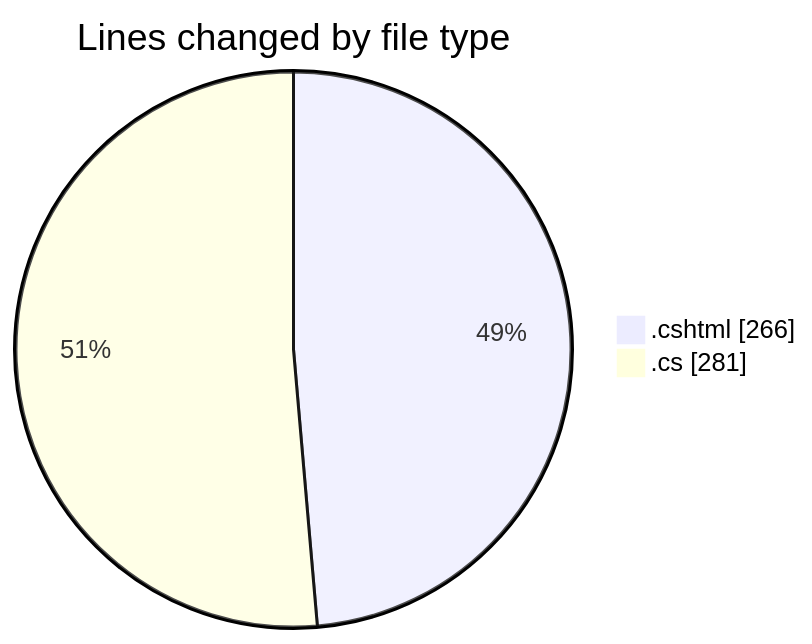
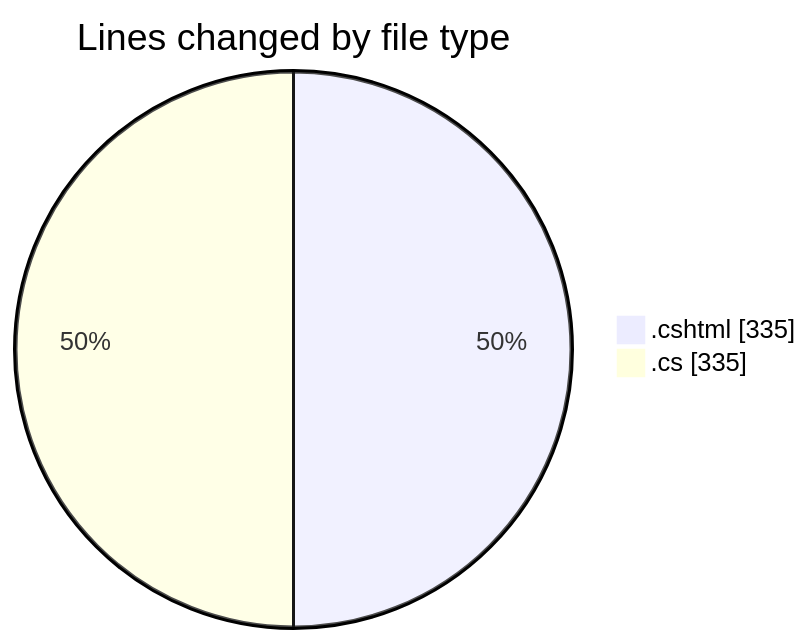
Before and after one commit to lephambinh05/code-tracking: the first of 2 diagrams in 2025-07-17/nhahang/README.md, drawn with Mermaid. The commit also changed other lines of this file and 1 other file, not shown here.

````diff
--- a/2025-07-17/nhahang/README.md
+++ b/2025-07-17/nhahang/README.md
@@ -29,6 +31,6 @@
 ```mermaid
 pie showData
 title Lines changed by file type
-".cshtml" : 266
-".cs" : 281
+".cshtml" : 335
+".cs" : 335
 ```
````
